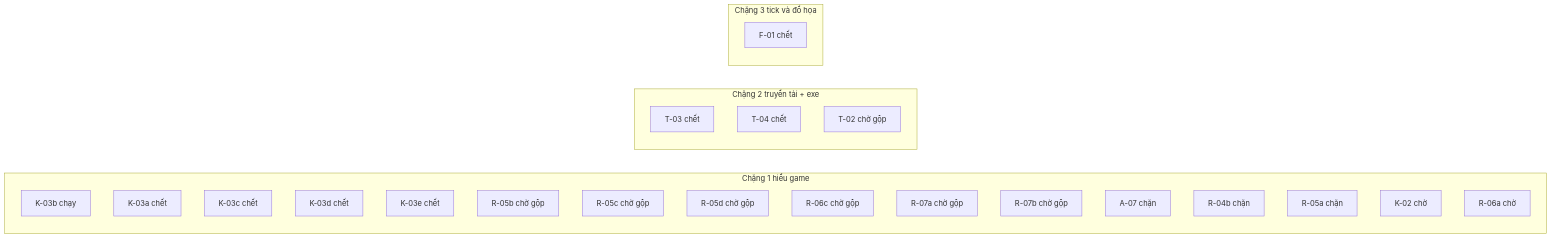
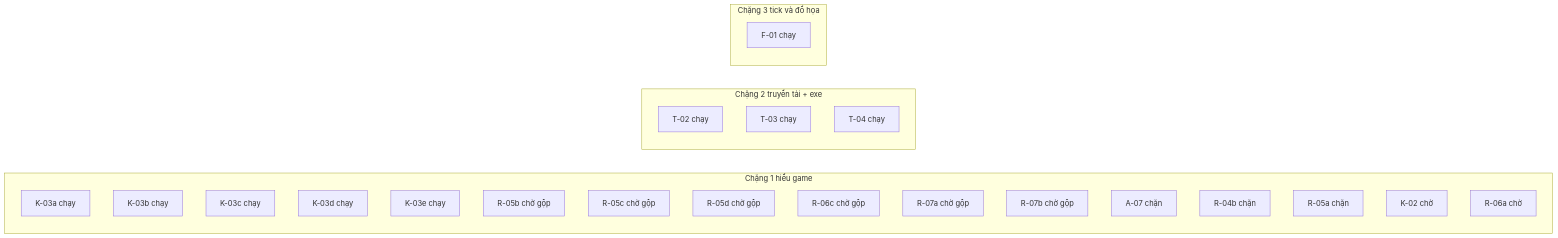
The diagram in JX1_OPS/STATE/TIEN-DO.md (ndtangoss-dev/jx1-reports), drawn with Mermaid before and after one commit. The commit also changed other lines of this file and 3 other files, not shown here.

````diff
--- a/JX1_OPS/STATE/TIEN-DO.md
+++ b/JX1_OPS/STATE/TIEN-DO.md
@@ -9,29 +9,29 @@
 ```mermaid
 flowchart LR
   subgraph S1["Chặng 1 hiểu game"]
+    K_03a["K-03a chạy"]
     K_03b["K-03b chạy"]
-    K_03a["K-03a chết"]
-    K_03c["K-03c chết"]
-    K_03d["K-03d chết"]
-    K_03e["K-03e chết"]
+    K_03c["K-03c chạy"]
+    K_03d["K-03d chạy"]
+    K_03e["K-03e chạy"]
     R_05b["R-05b chờ gộp"]
     R_05c["R-05c chờ gộp"]
     R_05d["R-05d chờ gộp"]
     R_06c["R-06c chờ gộp"]
     R_07a["R-07a chờ gộp"]
     R_07b["R-07b chờ gộp"]
     A_07["A-07 chặn"]
     R_04b["R-04b chặn"]
     R_05a["R-05a chặn"]
     K_02["K-02 chờ"]
     R_06a["R-06a chờ"]
   end
   subgraph S2["Chặng 2 truyền tải + exe"]
-    T_03["T-03 chết"]
-    T_04["T-04 chết"]
-    T_02["T-02 chờ gộp"]
+    T_02["T-02 chạy"]
+    T_03["T-03 chạy"]
+    T_04["T-04 chạy"]
   end
   subgraph S3["Chặng 3 tick và đồ họa"]
-    F_01["F-01 chết"]
+    F_01["F-01 chạy"]
   end
 ```
````
